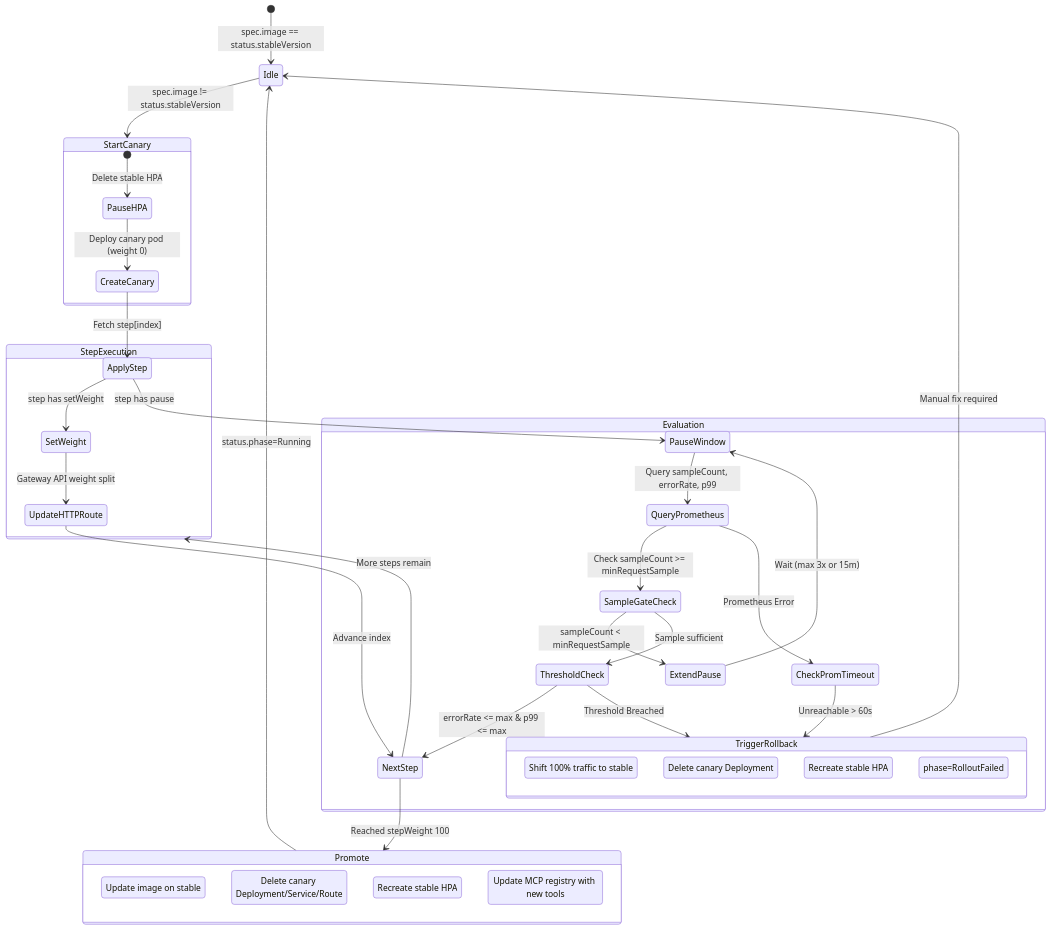
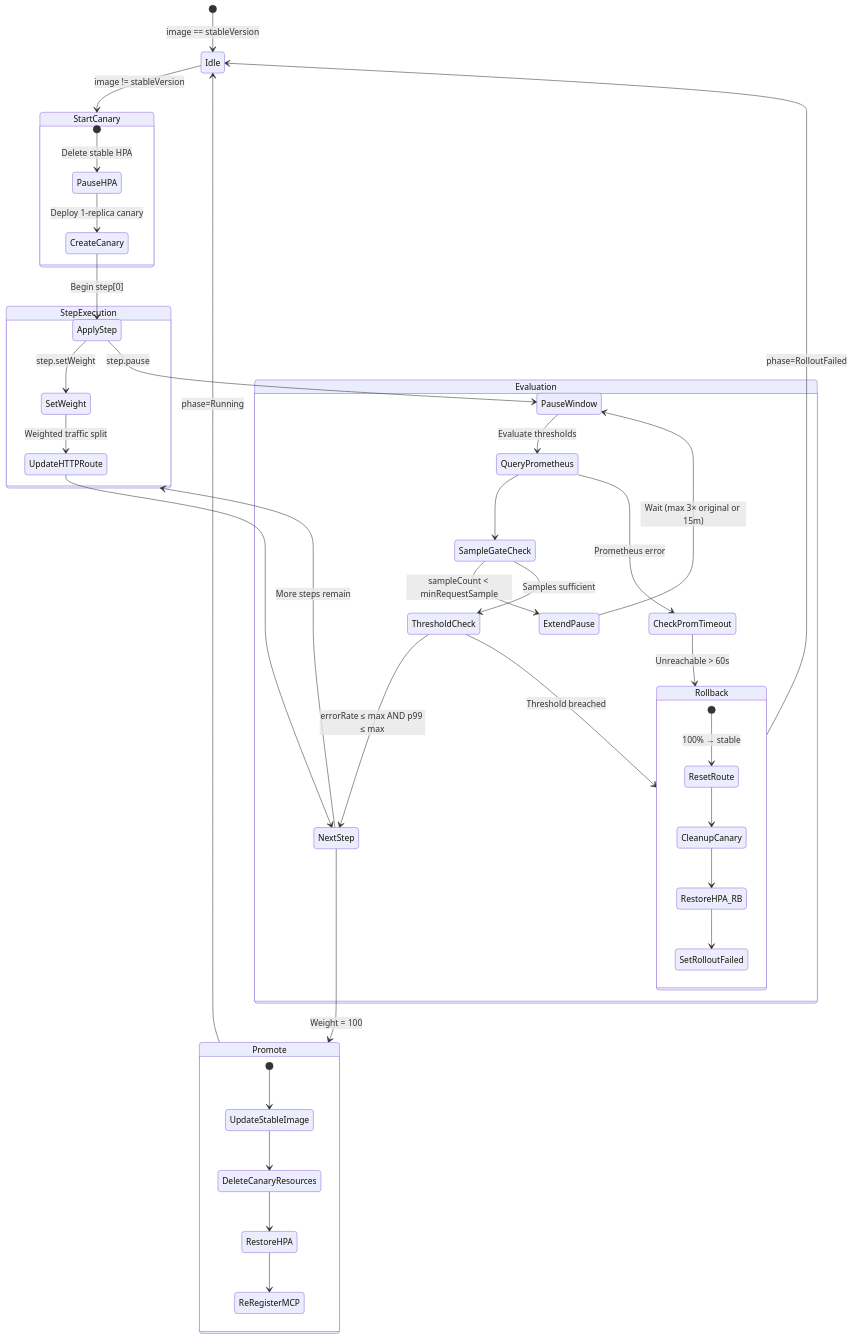
One commit to gitcommitankit/agentrax changed the third of 4 diagrams in docs/ARCHITECTURE.md. Above: the diagram before and after it, drawn with Mermaid. The commit also changed other lines of this file, not shown here.

Commit message:
docs: overhaul architecture documentation with updated structure, diagrams, and design principle.

````diff
--- a/docs/ARCHITECTURE.md
+++ b/docs/ARCHITECTURE.md
@@ -191,52 +500,53 @@
 ```mermaid
 stateDiagram-v2
-    [*] --> Idle: spec.image == status.stableVersion
-    Idle --> StartCanary: spec.image != status.stableVersion
+    [*] --> Idle: image == stableVersion
+    Idle --> StartCanary: image != stableVersion
 
     state StartCanary {
         [*] --> PauseHPA: Delete stable HPA
-        PauseHPA --> CreateCanary: Deploy canary pod (weight 0)
-        CreateCanary --> ApplyStep: Fetch step[index]
+        PauseHPA --> CreateCanary: Deploy 1-replica canary
+        CreateCanary --> ApplyStep: Begin step[0]
     }
 
     state StepExecution {
-        ApplyStep --> SetWeight: step has setWeight
-        SetWeight --> UpdateHTTPRoute: Gateway API weight split
-        UpdateHTTPRoute --> NextStep: Advance index
+        ApplyStep --> SetWeight: step.setWeight
+        SetWeight --> UpdateHTTPRoute: Weighted traffic split
+        UpdateHTTPRoute --> NextStep
 
-        ApplyStep --> PauseWindow: step has pause
-        PauseWindow --> QueryPrometheus: Query sampleCount, errorRate, p99
+        ApplyStep --> PauseWindow: step.pause
+        PauseWindow --> QueryPrometheus: Evaluate thresholds
     }
 
     state Evaluation {
-        QueryPrometheus --> SampleGateCheck: Check sampleCount >= minRequestSample
+        QueryPrometheus --> SampleGateCheck
         SampleGateCheck --> ExtendPause: sampleCount < minRequestSample
-        ExtendPause --> PauseWindow: Wait (max 3x or 15m)
+        ExtendPause --> PauseWindow: Wait (max 3× original or 15m)
 
-        SampleGateCheck --> ThresholdCheck: Sample sufficient
-        ThresholdCheck --> NextStep: errorRate <= max & p99 <= max
-        ThresholdCheck --> TriggerRollback: Threshold Breached
-        QueryPrometheus --> CheckPromTimeout: Prometheus Error
-        CheckPromTimeout --> TriggerRollback: Unreachable > 60s
+        SampleGateCheck --> ThresholdCheck: Samples sufficient
+        ThresholdCheck --> NextStep: errorRate ≤ max AND p99 ≤ max
+        ThresholdCheck --> Rollback: Threshold breached
+
+        QueryPrometheus --> CheckPromTimeout: Prometheus error
+        CheckPromTimeout --> Rollback: Unreachable > 60s
     }
 
     NextStep --> StepExecution: More steps remain
-    NextStep --> Promote: Reached stepWeight 100
+    NextStep --> Promote: Weight = 100
 
     state Promote {
-        UpdateStableDeployment: Update image on stable
-        DeleteCanaryResources: Delete canary Deployment/Service/Route
-        RestoreHPA: Recreate stable HPA
-        ReRegisterMCP: Update MCP registry with new tools
+        [*] --> UpdateStableImage
+        UpdateStableImage --> DeleteCanaryResources
+        DeleteCanaryResources --> RestoreHPA
+        RestoreHPA --> ReRegisterMCP
     }
 
-    state TriggerRollback {
-        ResetRoute: Shift 100% traffic to stable
-        CleanupCanary: Delete canary Deployment
-        RestoreHPA_RB: Recreate stable HPA
-        SetFailedPhase: phase=RolloutFailed
+    state Rollback {
+        [*] --> ResetRoute: 100% → stable
+        ResetRoute --> CleanupCanary
+        CleanupCanary --> RestoreHPA_RB
+        RestoreHPA_RB --> SetRolloutFailed
     }
 
-    Promote --> Idle: status.phase=Running
-    TriggerRollback --> Idle: Manual fix required
+    Promote --> Idle: phase=Running
+    Rollback --> Idle: phase=RolloutFailed
 ```
````
